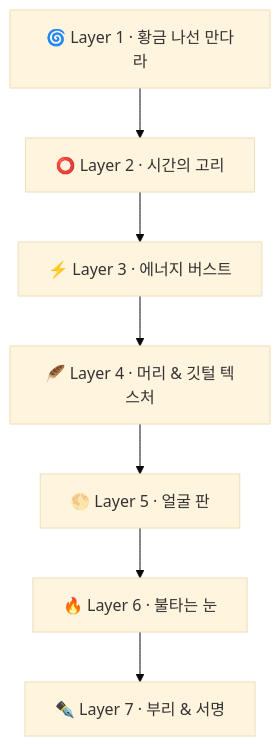
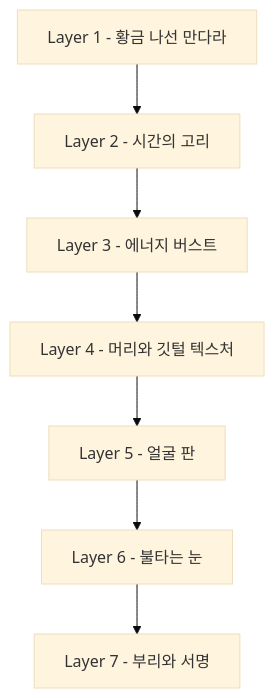
Before and after one commit to uhksh/python1126: the second of 2 diagrams in README.md, drawn with Mermaid (base theme). The commit also changed other lines of this file, not shown here.

````diff
--- a/README.md
+++ b/README.md
@@ -109,9 +109,9 @@
 ```mermaid
 flowchart TB
-    L1["🌀 Layer 1 · 황금 나선 만다라"] --> L2["⭕ Layer 2 · 시간의 고리"]
-    L2 --> L3["⚡ Layer 3 · 에너지 버스트"]
-    L3 --> L4["🪶 Layer 4 · 머리 & 깃털 텍스처"]
-    L4 --> L5["🌕 Layer 5 · 얼굴 판"]
-    L5 --> L6["🔥 Layer 6 · 불타는 눈"]
-    L6 --> L7["✒️ Layer 7 · 부리 & 서명"]
+    L1["Layer 1 - 황금 나선 만다라"] --> L2["Layer 2 - 시간의 고리"]
+    L2 --> L3["Layer 3 - 에너지 버스트"]
+    L3 --> L4["Layer 4 - 머리와 깃털 텍스처"]
+    L4 --> L5["Layer 5 - 얼굴 판"]
+    L5 --> L6["Layer 6 - 불타는 눈"]
+    L6 --> L7["Layer 7 - 부리와 서명"]
 ```
````
